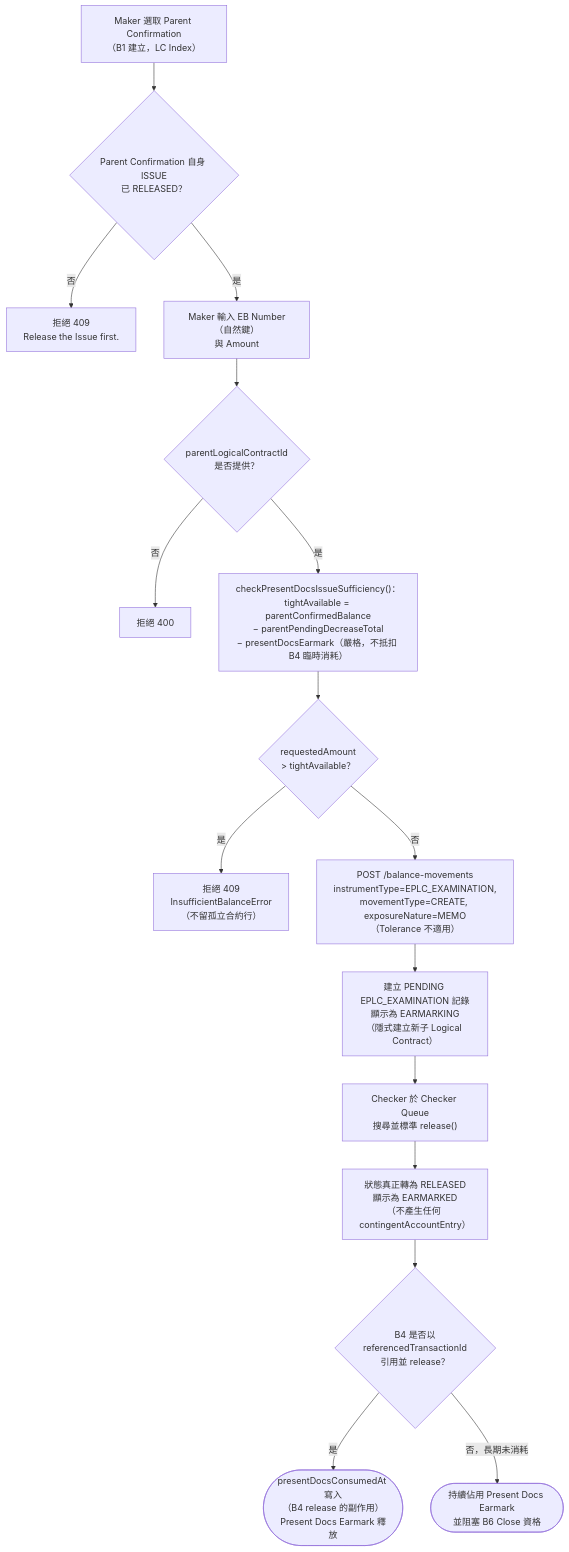
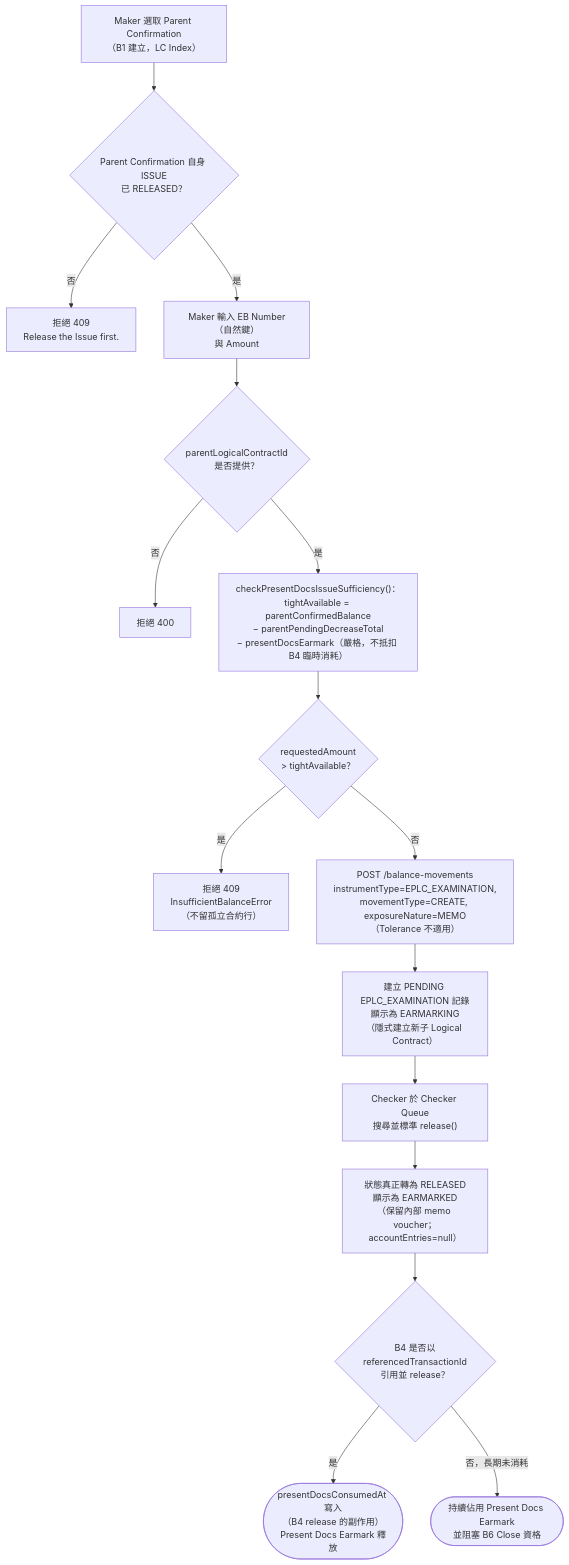
The diagram in lc-balance-wc/docs/obsidian-balance-kb-v3.2/03-Balance-Flows/B-Export/B3-Present-Docs/B3-Present-Docs.md (christseng89/AngularDemoWcViaApis), drawn with Mermaid before and after one commit. The commit also changed other lines of this file and 15 other files, not shown here.

First line of the commit message:
Balance Component - docs: document B3 internal memo voucher restoration

````diff
--- a/lc-balance-wc/docs/obsidian-balance-kb-v3.2/03-Balance-Flows/B-Export/B3-Present-Docs/B3-Present-Docs.md
+++ b/lc-balance-wc/docs/obsidian-balance-kb-v3.2/03-Balance-Flows/B-Export/B3-Present-Docs/B3-Present-Docs.md
@@ -89,18 +89,18 @@
 ```mermaid
 flowchart TD
   A["Maker 選取 Parent Confirmation\n（B1 建立，LC Index）"] --> B{"Parent Confirmation 自身 ISSUE\n已 RELEASED？"}
   B -->|否| B1["拒絕 409\nRelease the Issue first."]
   B -->|是| C["Maker 輸入 EB Number（自然鍵）\n與 Amount"]
   C --> D{"parentLogicalContractId\n是否提供？"}
   D -->|否| D1["拒絕 400"]
   D -->|是| E["checkPresentDocsIssueSufficiency()：\ntightAvailable = parentConfirmedBalance\n− parentPendingDecreaseTotal\n− presentDocsEarmark（嚴格，不抵扣 B4 臨時消耗）"]
   E --> F{"requestedAmount\n> tightAvailable？"}
   F -->|是| F1["拒絕 409\nInsufficientBalanceError\n（不留孤立合約行）"]
   F -->|否| G["POST /balance-movements\ninstrumentType=EPLC_EXAMINATION,\nmovementType=CREATE, exposureNature=MEMO\n（Tolerance 不適用）"]
   G --> H["建立 PENDING EPLC_EXAMINATION 記錄\n顯示為 EARMARKING\n（隱式建立新子 Logical Contract）"]
   H --> I["Checker 於 Checker Queue\n搜尋並標準 release()"]
-  I --> J["狀態真正轉為 RELEASED\n顯示為 EARMARKED\n（不產生任何 contingentAccountEntry）"]
+  I --> J["狀態真正轉為 RELEASED\n顯示為 EARMARKED\n（保留內部 memo voucher；accountEntries=null）"]
   J --> K{"B4 是否以\nreferencedTransactionId\n引用並 release？"}
   K -->|是| L(["presentDocsConsumedAt 寫入\n（B4 release 的副作用）\nPresent Docs Earmark 釋放"])
   K -->|否，長期未消耗| M(["持續佔用 Present Docs Earmark\n並阻塞 B6 Close 資格"])
 ```
````
